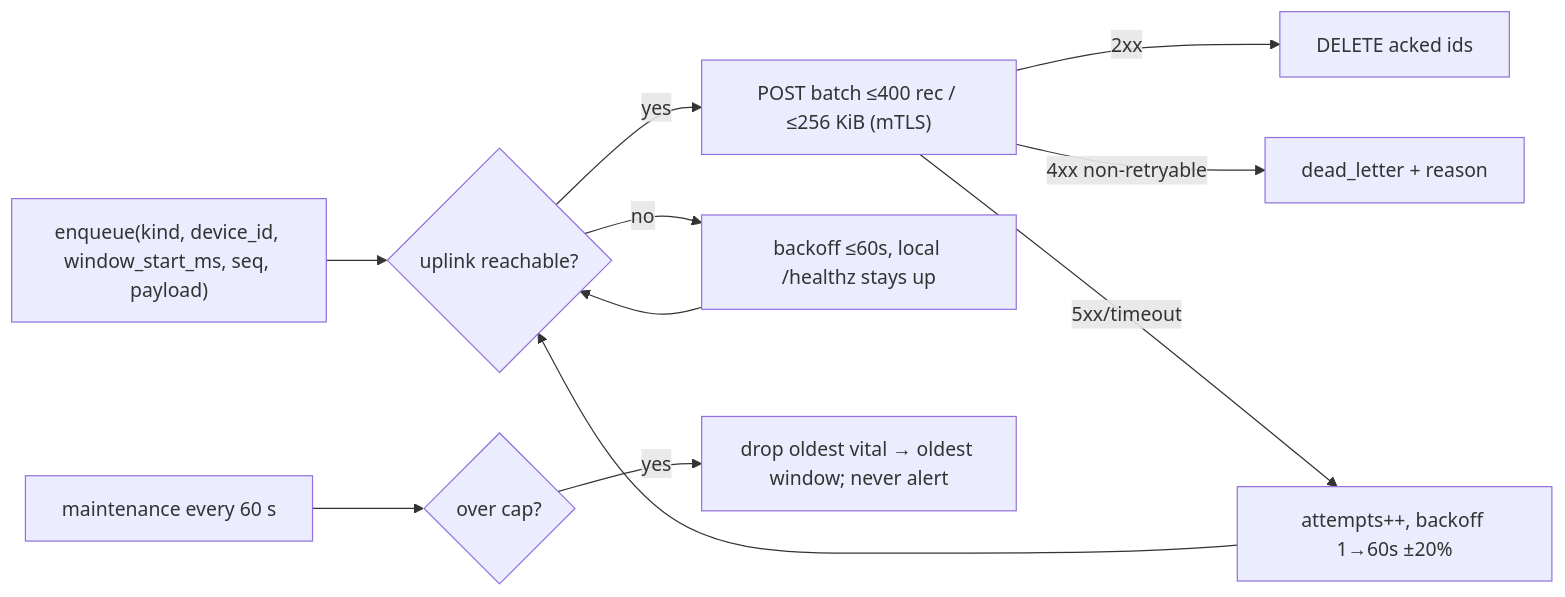
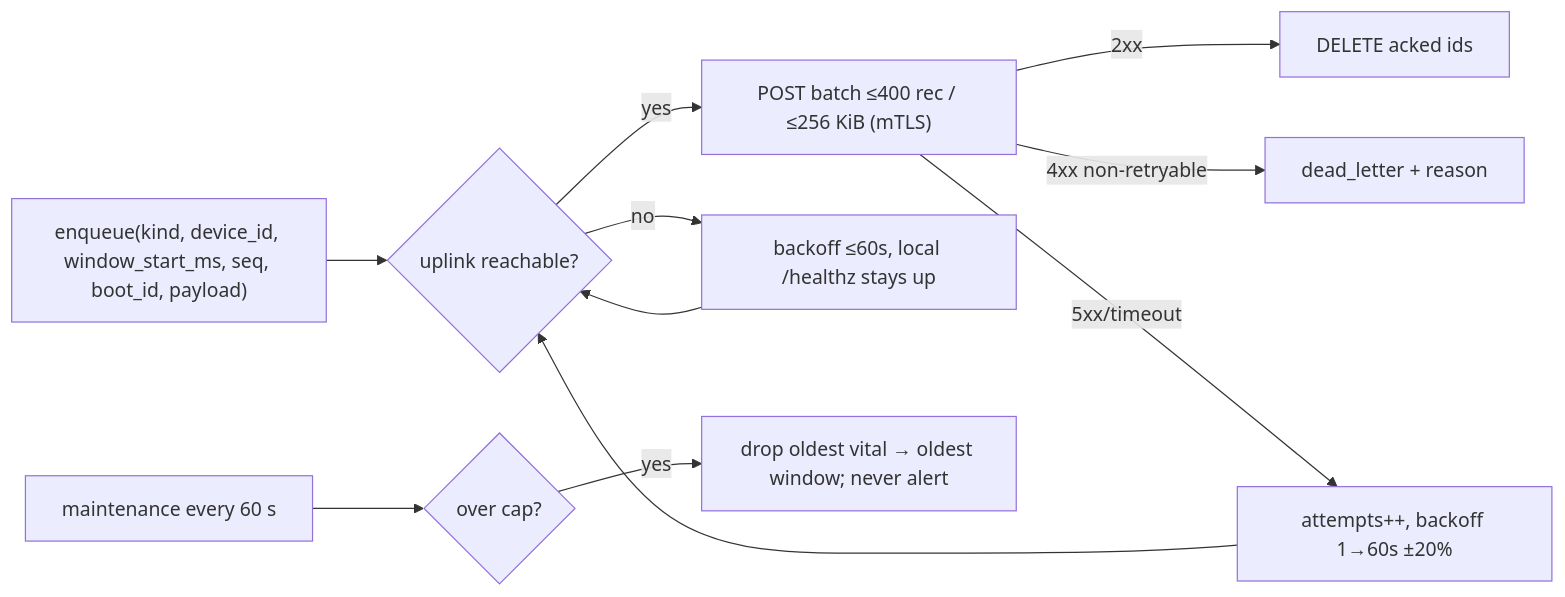
One commit to thongnguyenk21/Secure-Health-Monitoring-System- changed the fourth of 6 diagrams in docs/design/08-reliability-data-lifecycle.md. Above: the diagram before and after it, drawn with Mermaid. The commit also changed other lines of this file and 6 other files, not shown here.

````diff
--- a/docs/design/08-reliability-data-lifecycle.md
+++ b/docs/design/08-reliability-data-lifecycle.md
@@ -323,13 +323,13 @@
 ```mermaid
 flowchart LR
-  A["enqueue(kind, device_id, window_start_ms, seq, payload)"] --> B{uplink reachable?}
+  A["enqueue(kind, device_id, window_start_ms, seq, boot_id, payload)"] --> B{uplink reachable?}
   B -- yes --> C["POST batch ≤400 rec / ≤256 KiB (mTLS)"]
   C -- 2xx --> D[DELETE acked ids]
   C -- "4xx non-retryable" --> E[dead_letter + reason]
   C -- "5xx/timeout" --> F["attempts++, backoff 1→60s ±20%"]
   F --> B
   B -- no --> G["backoff ≤60s, local /healthz stays up"]
   G --> B
   H["maintenance every 60 s"] --> I{over cap?}
   I -- yes --> J["drop oldest vital → oldest window; never alert"]
 ```
````
